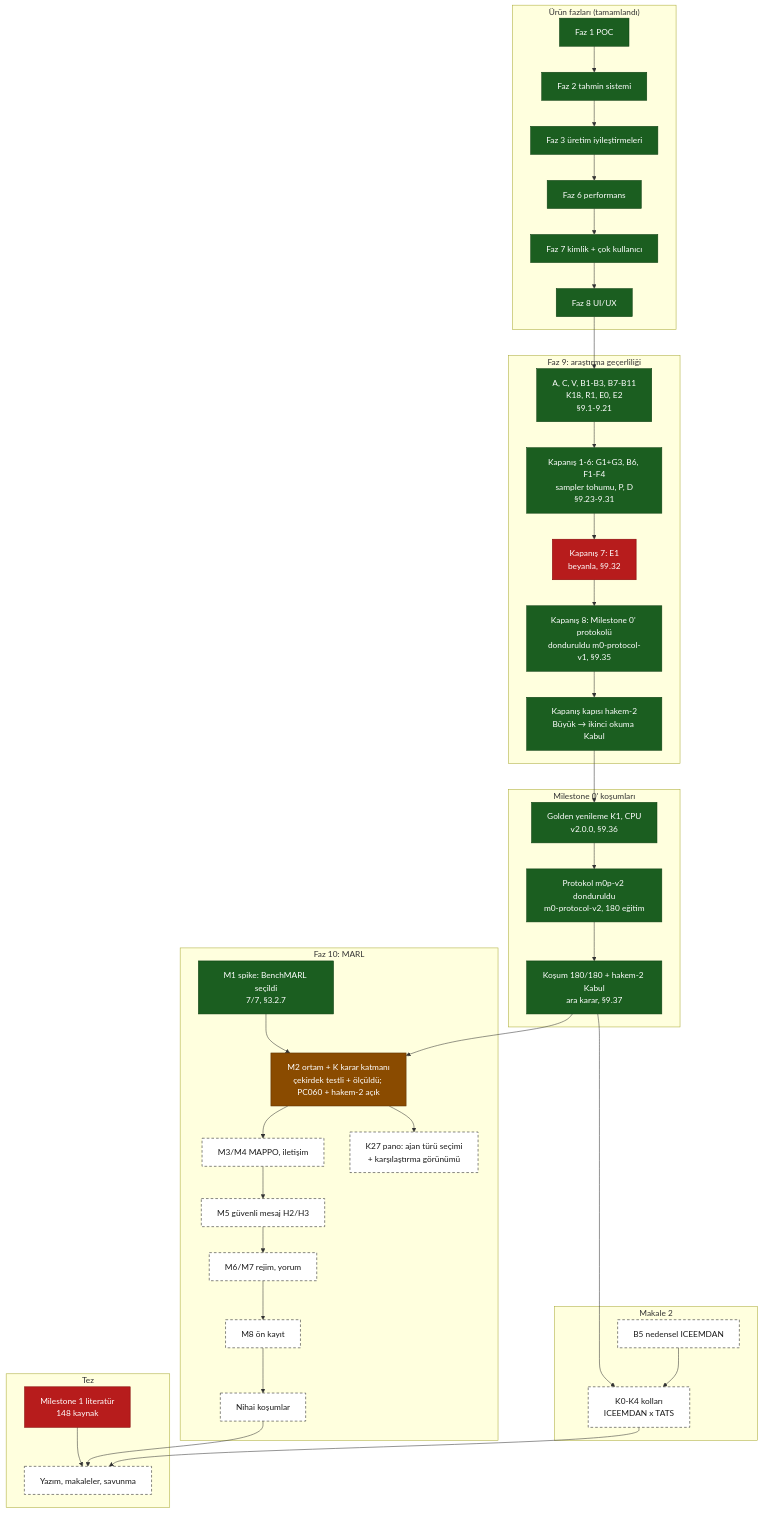
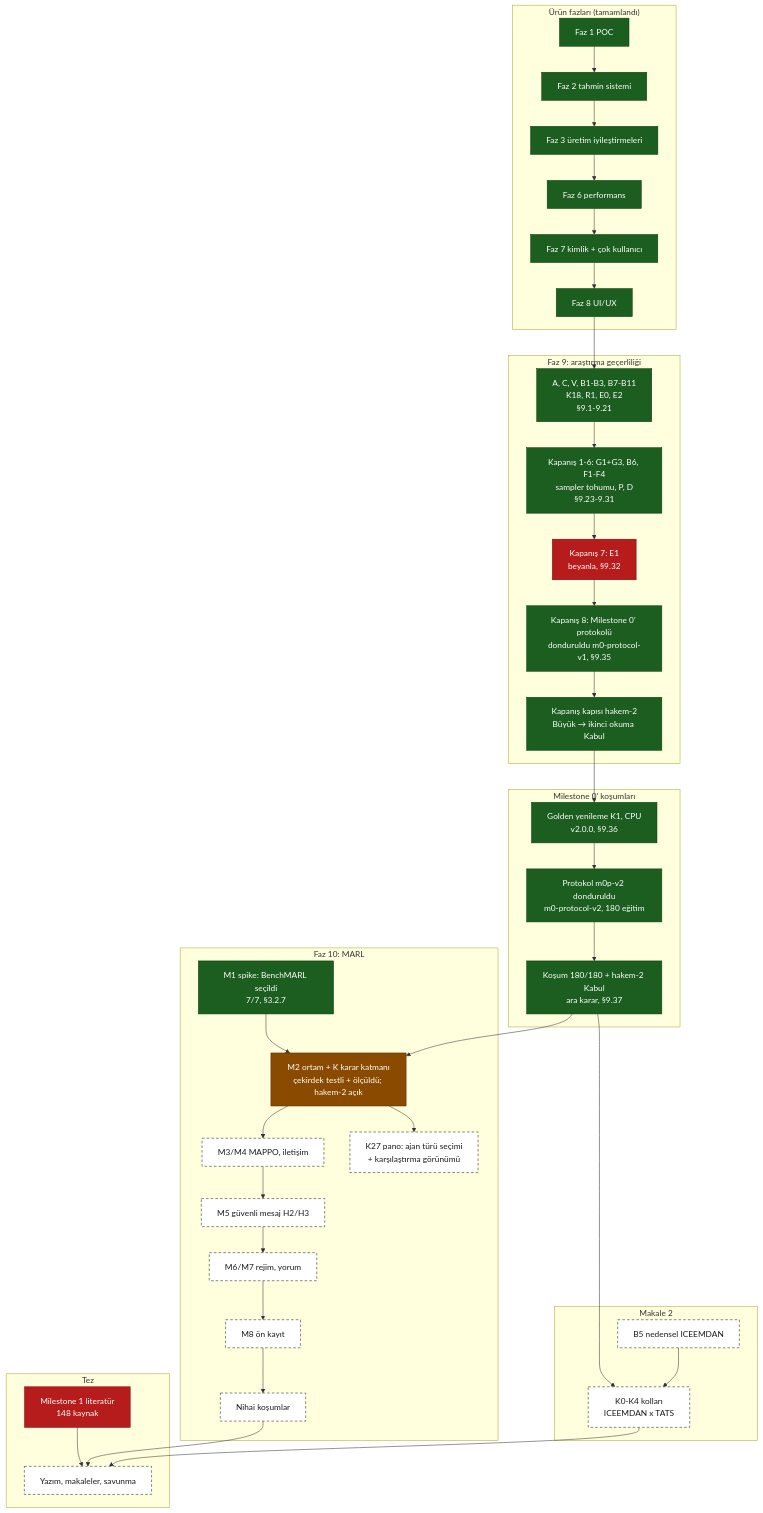
One commit to softdevcan/RL-Trading-Project changed the second of 2 diagrams in docs/development/system-map.md. Above: the diagram before and after it, drawn with Mermaid. The commit also changed other lines of this file and 3 other files, not shown here.

````diff
--- a/docs/development/system-map.md
+++ b/docs/development/system-map.md
@@ -112,63 +112,63 @@
 ```mermaid
 flowchart TB
   classDef done fill:#1b5e20,stroke:#0b3d10,color:#ffffff
   classDef partial fill:#b71c1c,stroke:#7f0000,color:#ffffff
   classDef active fill:#8a4b00,stroke:#5a3000,color:#ffffff
   classDef decision fill:#4a148c,stroke:#2a0060,color:#ffffff
   classDef planned fill:#ffffff,stroke:#1a1a1a,stroke-dasharray:5 4,color:#1a1a1a
 
   subgraph URUN["Ürün fazları (tamamlandı)"]
     F1["Faz 1 POC"]:::done
     F2["Faz 2 tahmin sistemi"]:::done
     F3["Faz 3 üretim iyileştirmeleri"]:::done
     F6["Faz 6 performans"]:::done
     F7["Faz 7 kimlik + çok kullanıcı"]:::done
     F8["Faz 8 UI/UX"]:::done
   end
 
   subgraph F9["Faz 9: araştırma geçerliliği"]
     P9A["A, C, V, B1-B3, B7-B11<br/>K18, R1, E0, E2<br/>§9.1-9.21"]:::done
     P9B["Kapanış 1-6: G1+G3, B6, F1-F4<br/>sampler tohumu, P, D<br/>§9.23-9.31"]:::done
     P9E["Kapanış 7: E1<br/>beyanla, §9.32"]:::partial
     P9M["Kapanış 8: Milestone 0' protokolü<br/>donduruldu m0-protocol-v1, §9.35"]:::done
     H2["Kapanış kapısı hakem-2<br/>Büyük → ikinci okuma Kabul"]:::done
   end
 
   subgraph M0["Milestone 0' koşumları"]
     GOLD["Golden yenileme K1, CPU<br/>v2.0.0, §9.36"]:::done
     PRE["Protokol m0p-v2 donduruldu<br/>m0-protocol-v2, 180 eğitim"]:::done
     FIN["Koşum 180/180 + hakem-2 Kabul<br/>ara karar, §9.37"]:::done
   end
 
   subgraph M2P["Makale 2"]
     B5["B5 nedensel ICEEMDAN"]:::planned
     K0K4["K0-K4 kolları<br/>ICEEMDAN x TATS"]:::planned
   end
 
   subgraph F10["Faz 10: MARL"]
     M1["M1 spike: BenchMARL seçildi<br/>7/7, §3.2.7"]:::done
-    M2["M2 ortam + K karar katmanı<br/>çekirdek testli + ölçüldü; PC060 + hakem-2 açık"]:::active
+    M2["M2 ortam + K karar katmanı<br/>çekirdek testli + ölçüldü; hakem-2 açık"]:::active
     M34["M3/M4 MAPPO, iletişim"]:::planned
     M5["M5 güvenli mesaj H2/H3"]:::planned
     M67["M6/M7 rejim, yorum"]:::planned
     M8["M8 ön kayıt"]:::planned
     FINAL["Nihai koşumlar"]:::planned
     K27["K27 pano: ajan türü seçimi<br/>+ karşılaştırma görünümü"]:::planned
   end
 
   subgraph TEZ["Tez"]
     T1["Milestone 1 literatür<br/>148 kaynak"]:::partial
     T4["Yazım, makaleler, savunma"]:::planned
   end
 
   F1 --> F2 --> F3 --> F6 --> F7 --> F8 --> P9A --> P9B --> P9E --> P9M --> H2
   H2 --> GOLD --> PRE --> FIN
   FIN --> K0K4
   B5 --> K0K4
   M1 --> M2
   FIN --> M2 --> M34 --> M5 --> M67 --> M8 --> FINAL
   M2 --> K27
   T1 --> T4
   FINAL --> T4
   K0K4 --> T4
 ```
````
